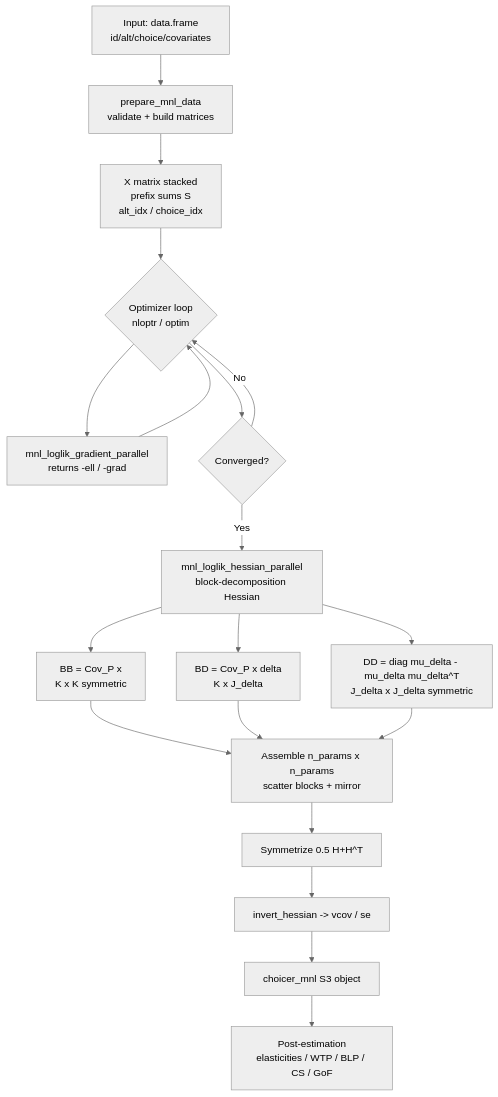
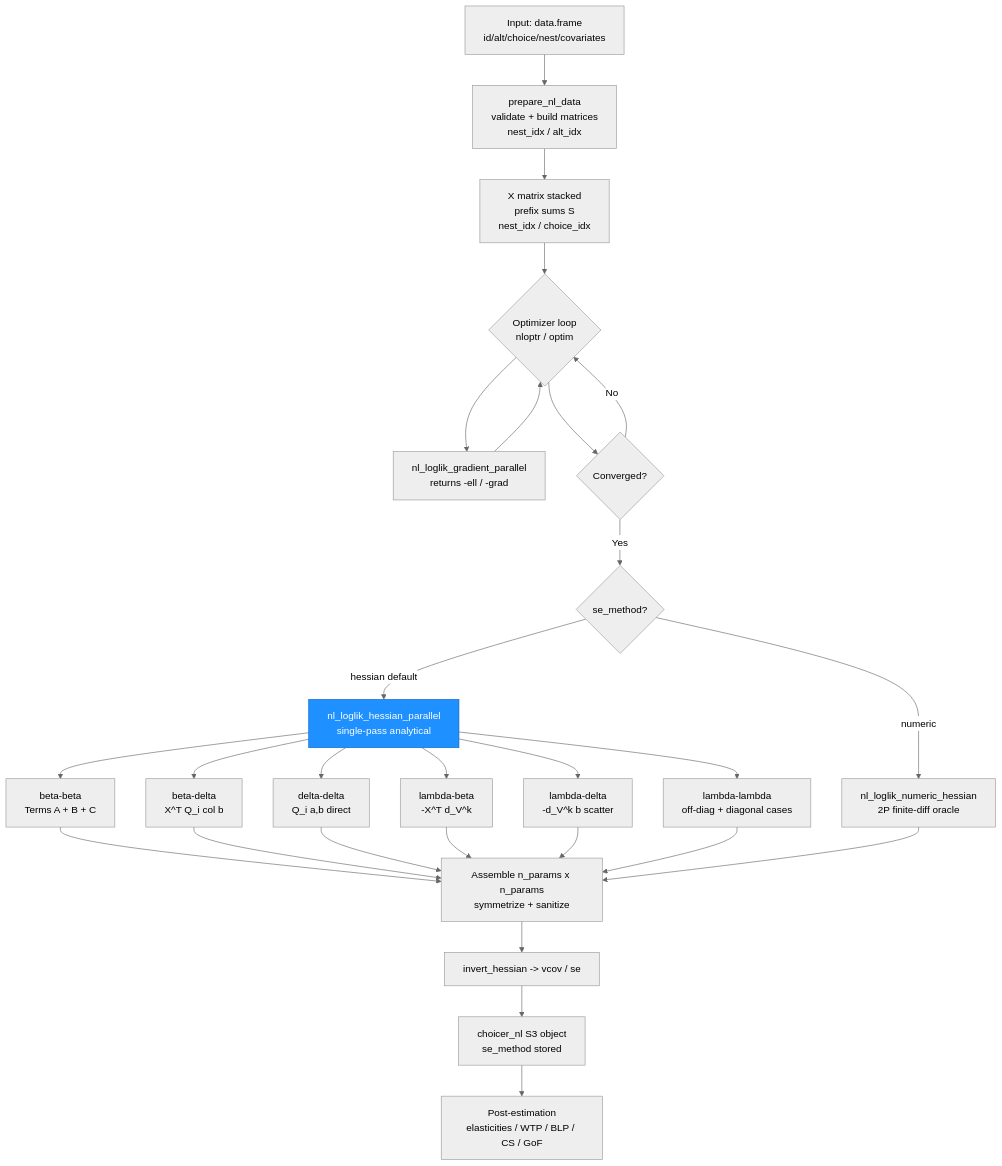
Before and after one commit to fpcordeiro/choicer: the third of 3 diagrams in ARCHITECTURE.md, drawn with Mermaid. The commit also changed other lines of this file and 1 other file, not shown here.

First line of the commit message:
docs(nl): §4 analytical Hessian derivation (all blocks)

````diff
--- a/ARCHITECTURE.md
+++ b/ARCHITECTURE.md
@@ -182,22 +176,31 @@
 ```mermaid
 %%{init: {'theme': 'neutral'}}%%
 graph TD
-    IN[Input: data.frame<br/>id/alt/choice/covariates] --> PREP[prepare_mnl_data<br/>validate + build matrices]
-    PREP --> XMX[X matrix stacked<br/>prefix sums S<br/>alt_idx / choice_idx]
+    IN[Input: data.frame<br/>id/alt/choice/nest/covariates] --> PREP[prepare_nl_data<br/>validate + build matrices<br/>nest_idx / alt_idx]
+    PREP --> XMX[X matrix stacked<br/>prefix sums S<br/>nest_idx / choice_idx]
     XMX --> OPT{Optimizer loop<br/>nloptr / optim}
-    OPT --> GRAD[mnl_loglik_gradient_parallel<br/>returns -ell / -grad]
+    OPT --> GRAD[nl_loglik_gradient_parallel<br/>returns -ell / -grad]
     GRAD --> OPT
     OPT --> CONV{Converged?}
     CONV -- No --> OPT
-    CONV -- Yes --> HESS[mnl_loglik_hessian_parallel<br/>block-decomposition Hessian]
-    HESS --> BB[BB = Cov_P x<br/>K x K symmetric]
-    HESS --> BD[BD = Cov_P x delta<br/>K x J_delta]
-    HESS --> DD[DD = diag mu_delta - mu_delta mu_delta^T<br/>J_delta x J_delta symmetric]
-    BB --> ASSEM[Assemble n_params x n_params<br/>scatter blocks + mirror]
+    CONV -- Yes --> DISP{se_method?}
+    DISP -- hessian default --> ANA[nl_loglik_hessian_parallel<br/>single-pass analytical]
+    DISP -- numeric --> NUM[nl_loglik_numeric_hessian<br/>2P finite-diff oracle]
+    style ANA fill:#1e90ff,stroke:#1565c0,color:#fff
+    ANA --> BB[beta-beta<br/>Terms A + B + C]
+    ANA --> BD[beta-delta<br/>X^T Q_i col b]
+    ANA --> DD[delta-delta<br/>Q_i a,b direct]
+    ANA --> LB[lambda-beta<br/>-X^T d_V^k]
+    ANA --> LD[lambda-delta<br/>-d_V^k b scatter]
+    ANA --> LL[lambda-lambda<br/>off-diag + diagonal cases]
+    BB --> ASSEM[Assemble n_params x n_params<br/>symmetrize + sanitize]
     BD --> ASSEM
     DD --> ASSEM
-    ASSEM --> SYM[Symmetrize 0.5 H+H^T]
-    SYM --> VCOV[invert_hessian -> vcov / se]
-    VCOV --> OBJ[choicer_mnl S3 object]
+    LB --> ASSEM
+    LD --> ASSEM
+    LL --> ASSEM
+    NUM --> ASSEM
+    ASSEM --> VCOV[invert_hessian -> vcov / se]
+    VCOV --> OBJ[choicer_nl S3 object<br/>se_method stored]
     OBJ --> POST[Post-estimation<br/>elasticities / WTP / BLP / CS / GoF]
 ```
````
